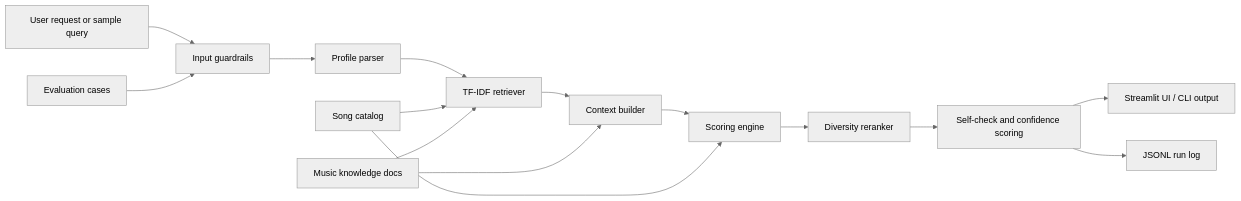
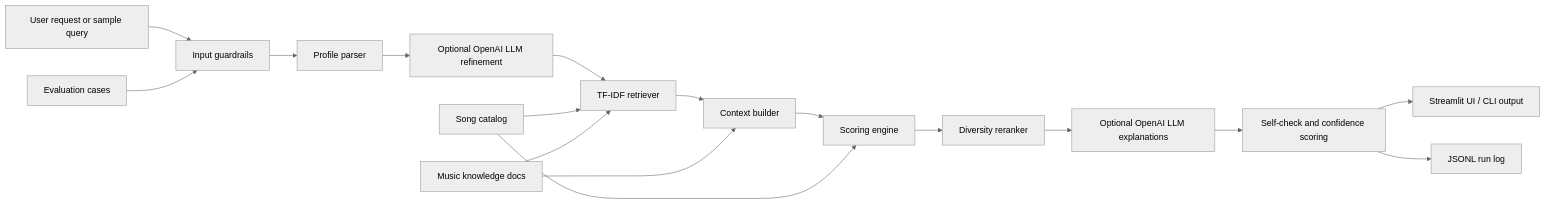
One commit to dvoyevoda/applied-ai-system-project changed the diagram in README.md. Above: the diagram before and after it, drawn with Mermaid (neutral theme). The commit also changed other lines of this file and 10 other files, not shown here.

Commit message:
Add optional OpenAI LLM integration

````diff
--- a/README.md
+++ b/README.md
@@ -26,17 +27,19 @@
 ```mermaid
 flowchart LR
     A["User request or sample query"] --> B["Input guardrails"]
     B --> C["Profile parser"]
-    C --> D["TF-IDF retriever"]
+    C --> N["Optional OpenAI LLM refinement"]
+    N --> D["TF-IDF retriever"]
     D --> E["Context builder"]
     E --> F["Scoring engine"]
     F --> G["Diversity reranker"]
-    G --> H["Self-check and confidence scoring"]
+    G --> O["Optional OpenAI LLM explanations"]
+    O --> H["Self-check and confidence scoring"]
     H --> I["Streamlit UI / CLI output"]
     H --> J["JSONL run log"]
     K["Evaluation cases"] --> B
     L["Song catalog"] --> D
     L --> F
     M["Music knowledge docs"] --> D
     M --> E
 ```
````
